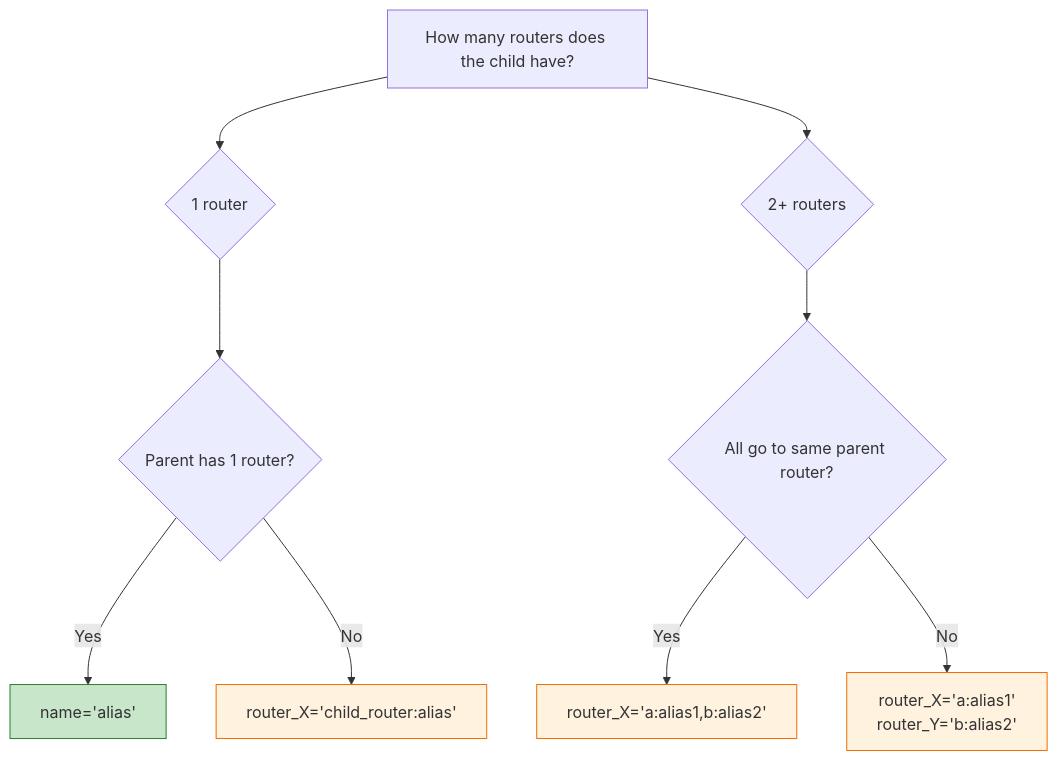
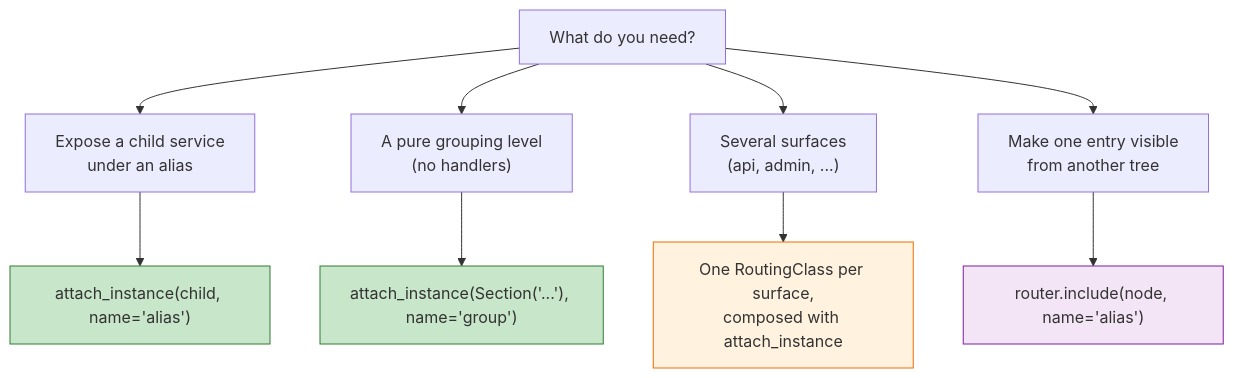
One commit to genropy/genro-routes changed the sixth of 6 diagrams in docs/guide/attach-instance-visual-guide.md. Above: the diagram before and after it, drawn with Mermaid. The commit also changed other lines of this file and 16 other files, not shown here.

First line of the commit message:
docs: migrate documentation to single-router API. Refs #32

````diff
--- a/docs/guide/attach-instance-visual-guide.md
+++ b/docs/guide/attach-instance-visual-guide.md
@@ -378,18 +300,17 @@
 ```mermaid
 flowchart TD
-    A["How many routers does the child have?"] --> B{"1 router"}
-    A --> C{"2+ routers"}
+    A["What do you need?"] --> B["Expose a child service\nunder an alias"]
+    A --> C["A pure grouping level\n(no handlers)"]
+    A --> D["Several surfaces\n(api, admin, ...)"]
+    A --> E["Make one entry visible\nfrom another tree"]
 
-    B --> D{"Parent has 1 router?"}
-    D -->|Yes| E["name='alias'"]
-    D -->|No| F["router_X='child_router:alias'"]
+    B --> F["attach_instance(child, name='alias')"]
+    C --> G["attach_instance(Section('...'), name='group')"]
+    D --> H["One RoutingClass per surface,\ncomposed with attach_instance"]
+    E --> I["router.include(node, name='alias')"]
 
-    C --> G{"All go to same parent router?"}
-    G -->|Yes| H["router_X='a:alias1,b:alias2'"]
-    G -->|No| I["router_X='a:alias1'\nrouter_Y='b:alias2'"]
-
-    style E fill:#c8e6c9,stroke:#2e7d32
-    style F fill:#fff3e0,stroke:#ef6c00
+    style F fill:#c8e6c9,stroke:#2e7d32
+    style G fill:#c8e6c9,stroke:#2e7d32
     style H fill:#fff3e0,stroke:#ef6c00
-    style I fill:#fff3e0,stroke:#ef6c00
+    style I fill:#f3e5f5,stroke:#7b1fa2
 ```
````
